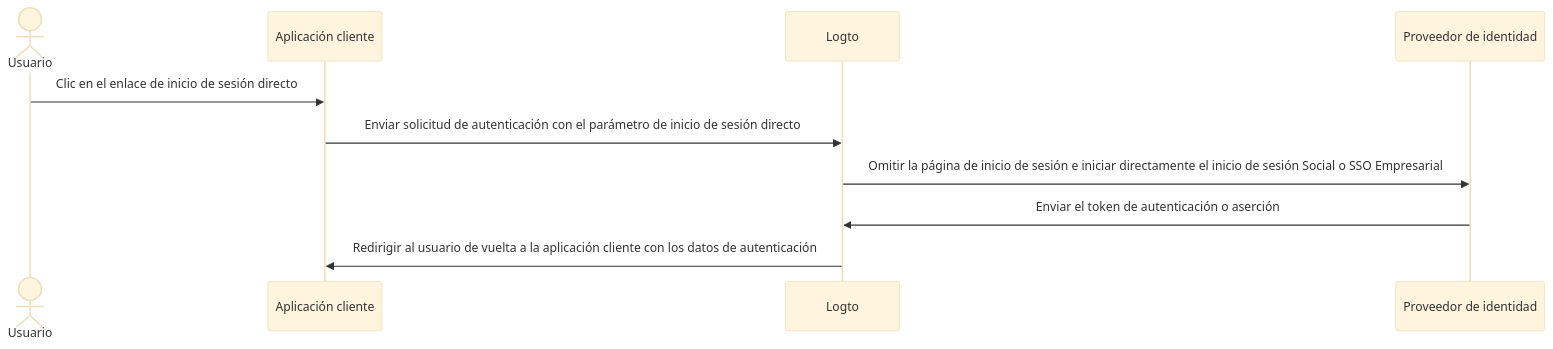
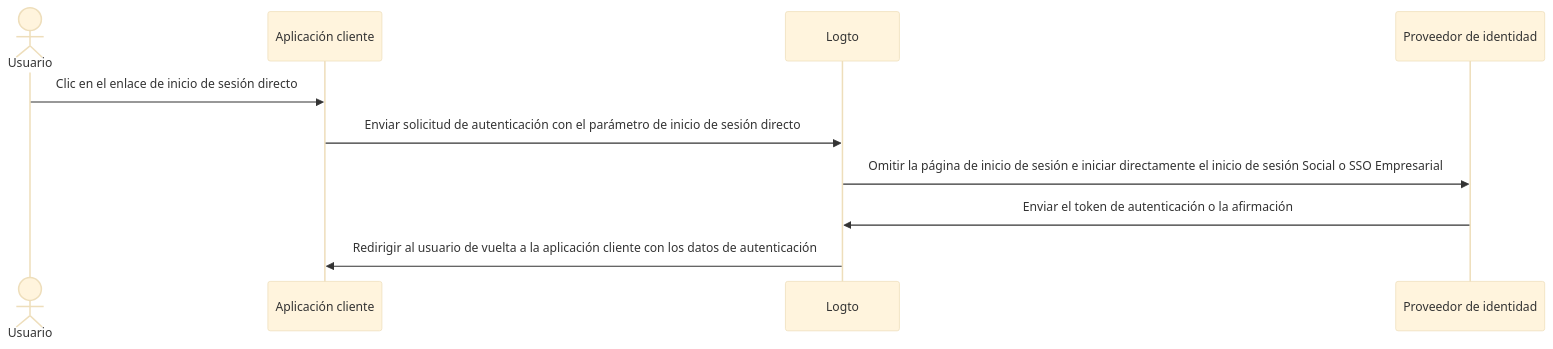
Before and after one commit to logto-io/docs: the diagram in i18n/es/docusaurus-plugin-content-docs/current/end-user-flows/authentication-parameters/direct-sign-in.mdx, drawn with Mermaid (base theme). The commit also changed other lines of this file and 428 other files, not shown here.

````diff
--- a/i18n/es/docusaurus-plugin-content-docs/current/end-user-flows/authentication-parameters/direct-sign-in.mdx
+++ b/i18n/es/docusaurus-plugin-content-docs/current/end-user-flows/authentication-parameters/direct-sign-in.mdx
@@ -11,13 +11,13 @@
 ```mermaid
 sequenceDiagram
     actor user as Usuario
     participant app as Aplicación cliente
     participant logto as Logto
     participant idp as Proveedor de identidad
 
     user->>app: Clic en el enlace de inicio de sesión directo
     app->>logto: Enviar solicitud de autenticación con el parámetro de inicio de sesión directo
     logto->>idp: Omitir la página de inicio de sesión e iniciar directamente el inicio de sesión Social o SSO Empresarial
-    idp->>logto: Enviar el token de autenticación o aserción
+    idp->>logto: Enviar el token de autenticación o la afirmación
     logto->>app: Redirigir al usuario de vuelta a la aplicación cliente con los datos de autenticación
 ```
````
